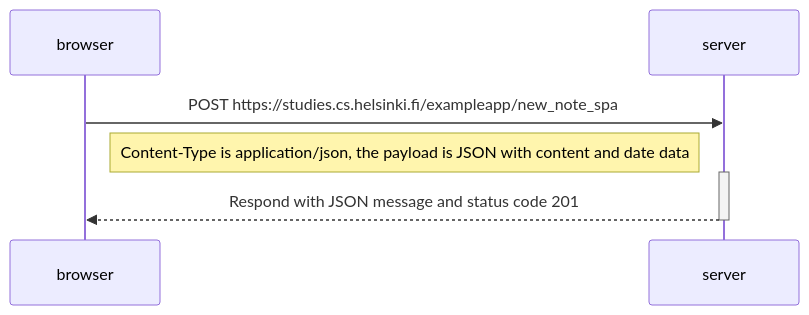
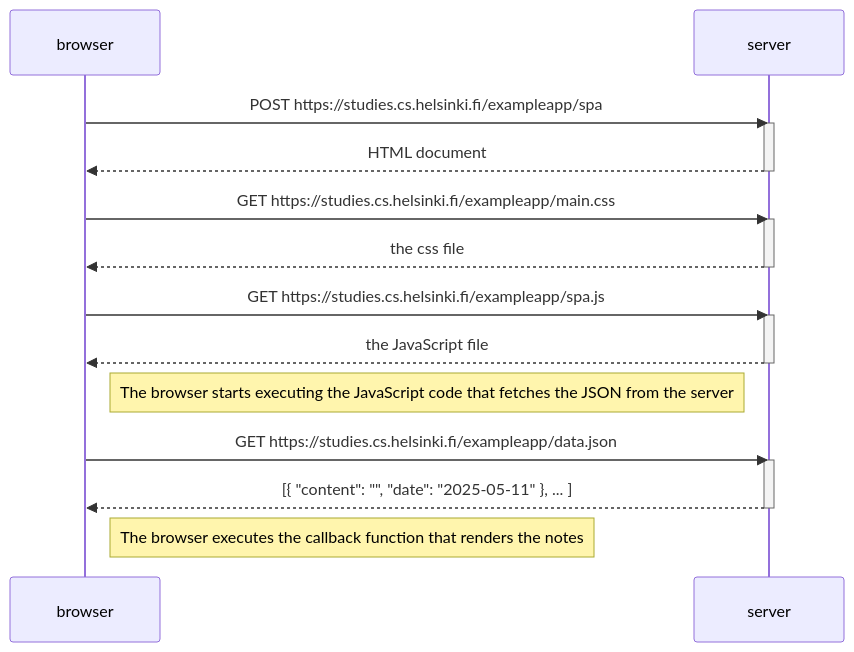
One commit to ichts/fullstackopen changed the diagram in part0/ex-5.md. Above: the diagram before and after it, drawn with Mermaid. The commit also changed 1 other file, not shown here.

Commit message:
add ex-05.md & ex-06.md

````diff
--- a/part0/ex-5.md
+++ b/part0/ex-5.md
@@ -1,11 +1,29 @@
 ```mermaid
 sequenceDiagram
   participant browser
   participant server
 
-  browser->>server: POST https://studies.cs.helsinki.fi/exampleapp/new_note_spa
-  Note right of browser: Content-Type is application/json, the payload is JSON with content and date data
+  browser->>server: POST https://studies.cs.helsinki.fi/exampleapp/spa
   activate server
-  server-->>browser: Respond with JSON message and status code 201
+  server-->>browser: HTML document
   deactivate server
+
+  browser->>server: GET https://studies.cs.helsinki.fi/exampleapp/main.css
+  activate server
+  server-->>browser: the css file
+  deactivate server
+
+  browser->>server: GET https://studies.cs.helsinki.fi/exampleapp/spa.js
+  activate server
+  server-->>browser: the JavaScript file
+  deactivate server
+
+  Note right of browser: The browser starts executing the JavaScript code that fetches the JSON from the server
+
+  browser->>server: GET https://studies.cs.helsinki.fi/exampleapp/data.json
+  activate server
+  server-->>browser: [{ "content": "", "date": "2025-05-11" }, ... ]
+  deactivate server
+
+  Note right of browser: The browser executes the callback function that renders the notes
 ```
````
